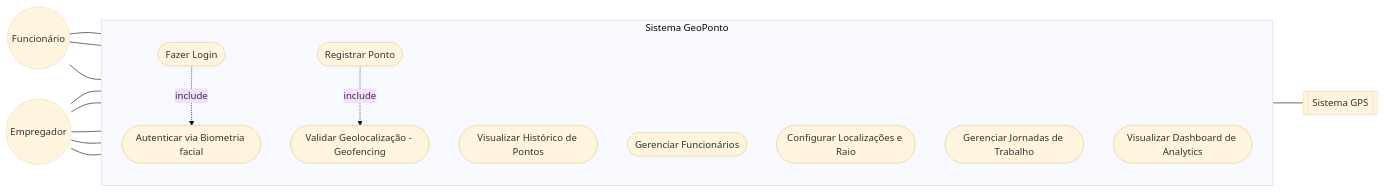
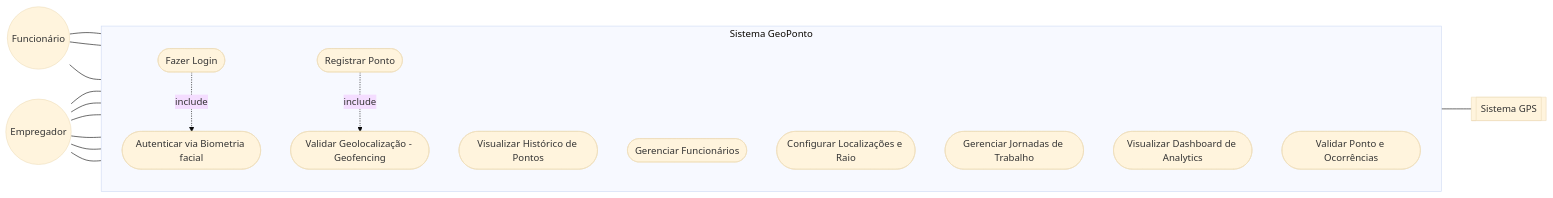
The diagram in README.md (DanBenedetti/GeoPonto), drawn with Mermaid (base theme) before and after one commit. The commit also changed other lines of this file, not shown here.

````diff
--- a/README.md
+++ b/README.md
@@ -25,33 +24,35 @@
 ```mermaid
 flowchart LR
     F((Funcionário))
     E((Empregador))
     GPS[[Sistema GPS]]
 
     subgraph Sistema ["Sistema GeoPonto"]
         direction TB
         UC1([Fazer Login])
         UC2([Autenticar via Biometria facial])
         UC3([Registrar Ponto])
         UC4([Validar Geolocalização - Geofencing])
         UC5([Visualizar Histórico de Pontos])
         UC6([Gerenciar Funcionários])
         UC7([Configurar Localizações e Raio])
         UC8([Gerenciar Jornadas de Trabalho])
         UC9([Visualizar Dashboard de Analytics])
+        UC10([Validar Ponto e Ocorrências])
     end
 
     F --- UC1
     F --- UC3
     F --- UC5
 
     E --- UC1
     E --- UC6
     E --- UC7
     E --- UC8
     E --- UC9
+    E --- UC10
 
     UC1 -.->|include| UC2
     UC3 -.->|include| UC4
     UC4 --- GPS
 ```
````
